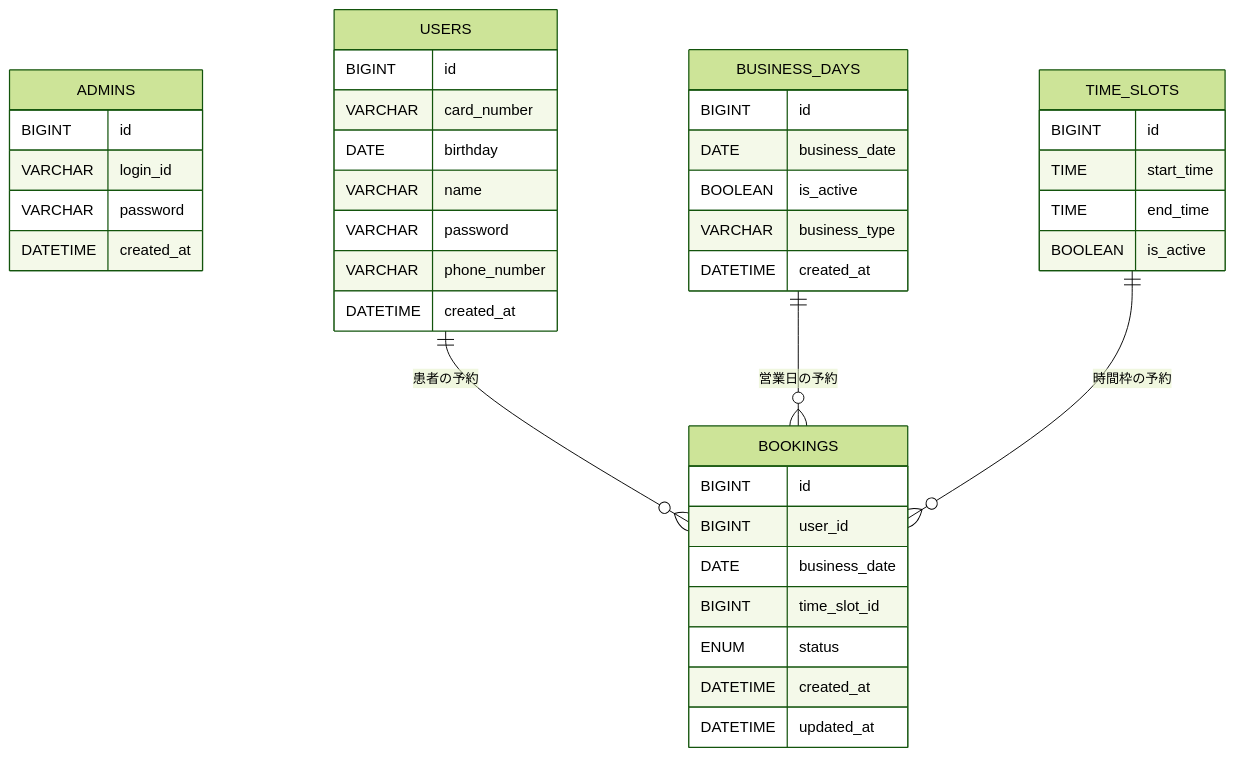
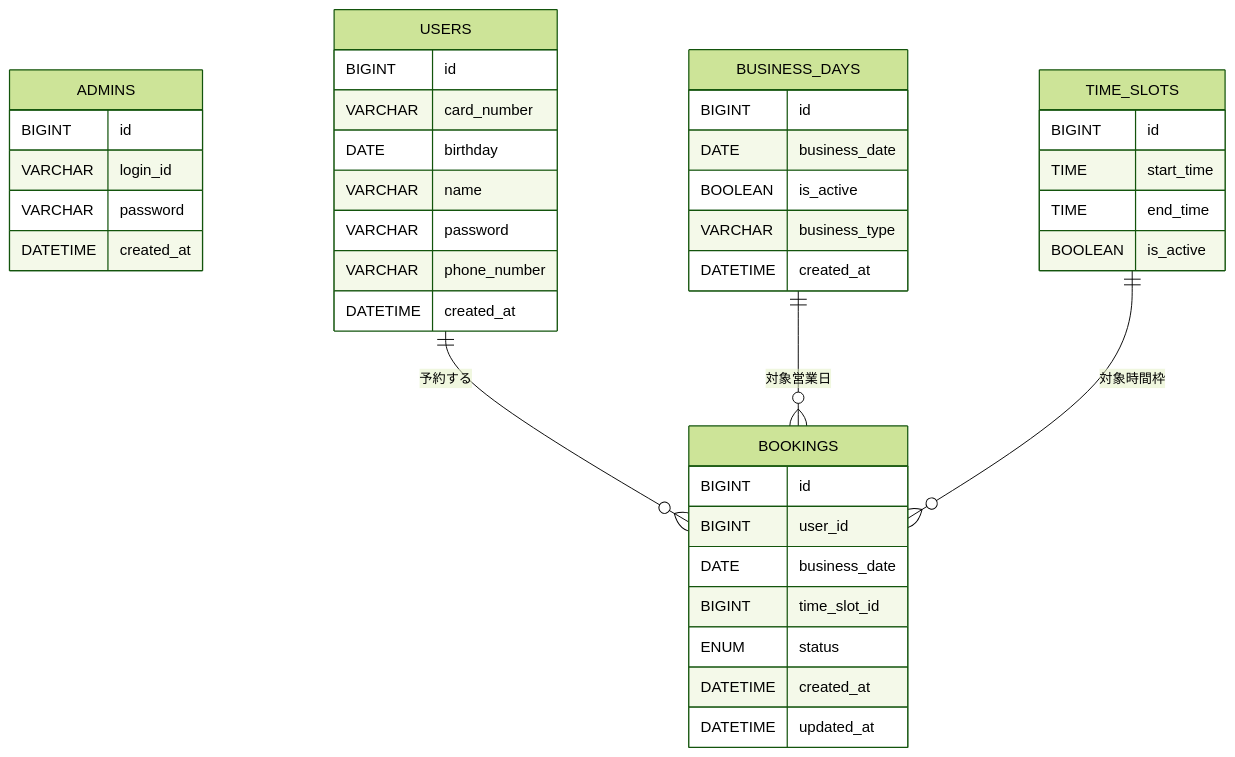
Before and after one commit to yshtis/ClinicAppointmentSystem: the diagram in README.md, drawn with Mermaid (forest theme).

Commit message:
Update README.md
ER図を修正

````diff
--- a/README.md
+++ b/README.md
@@ -88,44 +88,44 @@
 ```mermaid
 erDiagram
     ADMINS {
         BIGINT id
         VARCHAR login_id
         VARCHAR password
         DATETIME created_at
     }
     USERS {
         BIGINT id
         VARCHAR card_number
         DATE birthday
         VARCHAR name
         VARCHAR password
         VARCHAR phone_number
         DATETIME created_at
     }
     BUSINESS_DAYS {
         BIGINT id
         DATE business_date
         BOOLEAN is_active
         VARCHAR business_type
         DATETIME created_at
     }
     TIME_SLOTS {
         BIGINT id
         TIME start_time
         TIME end_time
         BOOLEAN is_active
     }
     BOOKINGS {
         BIGINT id
         BIGINT user_id
         DATE business_date
         BIGINT time_slot_id
         ENUM status
         DATETIME created_at
         DATETIME updated_at
     }
 
-    USERS ||--o{ BOOKINGS : "患者の予約"
-    BUSINESS_DAYS ||--o{ BOOKINGS : "営業日の予約"
-    TIME_SLOTS ||--o{ BOOKINGS : "時間枠の予約"
+    USERS ||--o{ BOOKINGS : "予約する"
+    BUSINESS_DAYS ||--o{ BOOKINGS : "対象営業日"
+    TIME_SLOTS ||--o{ BOOKINGS : "対象時間枠"
 ```
````
